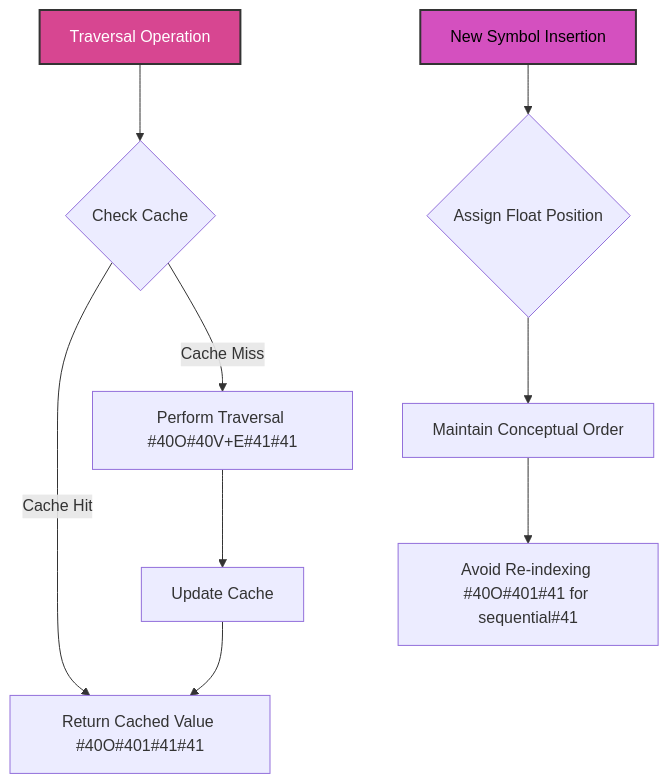
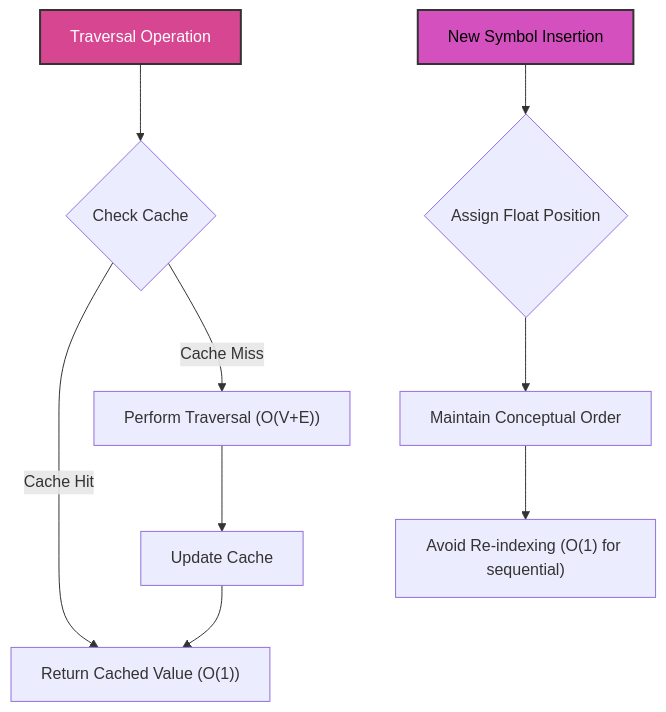
One commit to ikko/sym changed the third of 4 diagrams in docs/readme_details/9_performance/index.md. Above: the diagram before and after it, drawn with Mermaid. The commit also changed other lines of this file and 17 other files, not shown here.

````diff
--- a/docs/readme_details/9_performance/index.md
+++ b/docs/readme_details/9_performance/index.md
@@ -114,16 +114,16 @@
 ```mermaid
 graph TD
     A[Traversal Operation] --> B{Check Cache};
-    B -- "Cache Hit" --> C[Return Cached Value #40O#401#41#41];
-    B -- "Cache Miss" --> D[Perform Traversal #40O#40V+E#41#41];
+    B -- "Cache Hit" --> C[Return Cached Value #40;O#40;1#41;#41;];
+    B -- "Cache Miss" --> D[Perform Traversal #40;O#40;V+E#41;#41;];
     D --> E[Update Cache];
     E --> C;
 
     X[New Symbol Insertion] --> Y{Assign Float Position};
     Y --> Z[Maintain Conceptual Order];
-    Z --> AA[Avoid Re-indexing #40O#401#41 for sequential#41];
+    Z --> AA[Avoid Re-indexing #40;O#40;1#41; for sequential#41;];
     style X fill:#d450bf,stroke:#333,stroke-width:2px,color:#000000;
 
     style A fill:#d74691,stroke:#333,stroke-width:2px,color:#FFFFFF;
     style X fill:#d450bf,stroke:#333,stroke-width:2px,color:#000000;
 ```
````
